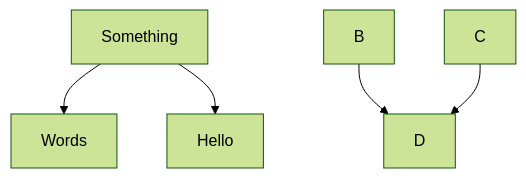
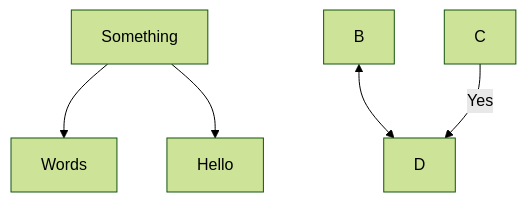
Before and after one commit to hectorproko/MIGRATION-TO-THE-LOUD-WITH-CONTAINERIZATION---DOCKER-DOSECKER-COMPO: the diagram in Project20_Steps.md, drawn with Mermaid (forest theme).

````diff
--- a/Project20_Steps.md
+++ b/Project20_Steps.md
@@ -286,7 +286,7 @@
 ```mermaid
   graph TD;
       Something-->Words;
       Something-->Hello;
-      B-->D;
-      C-->D;
+      B<-->D;
+      C--Yes-->D;
 ```
````
